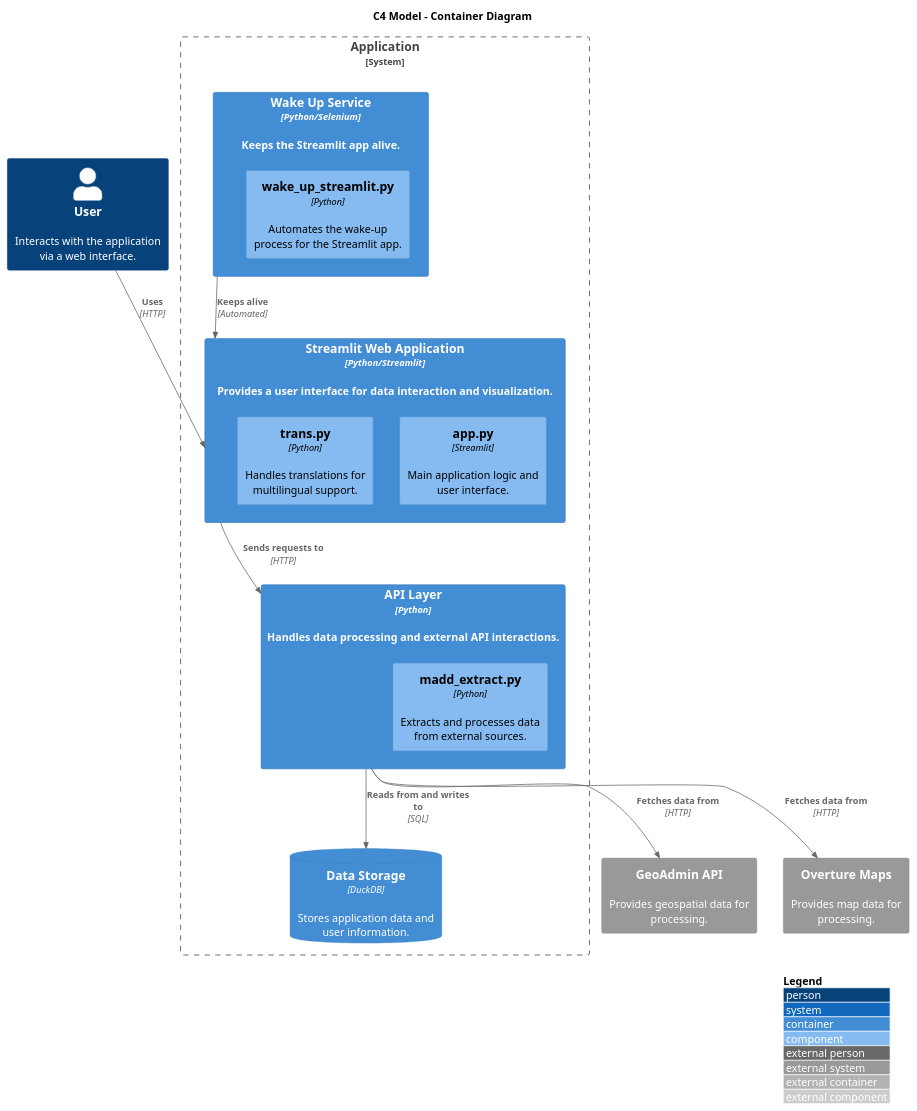
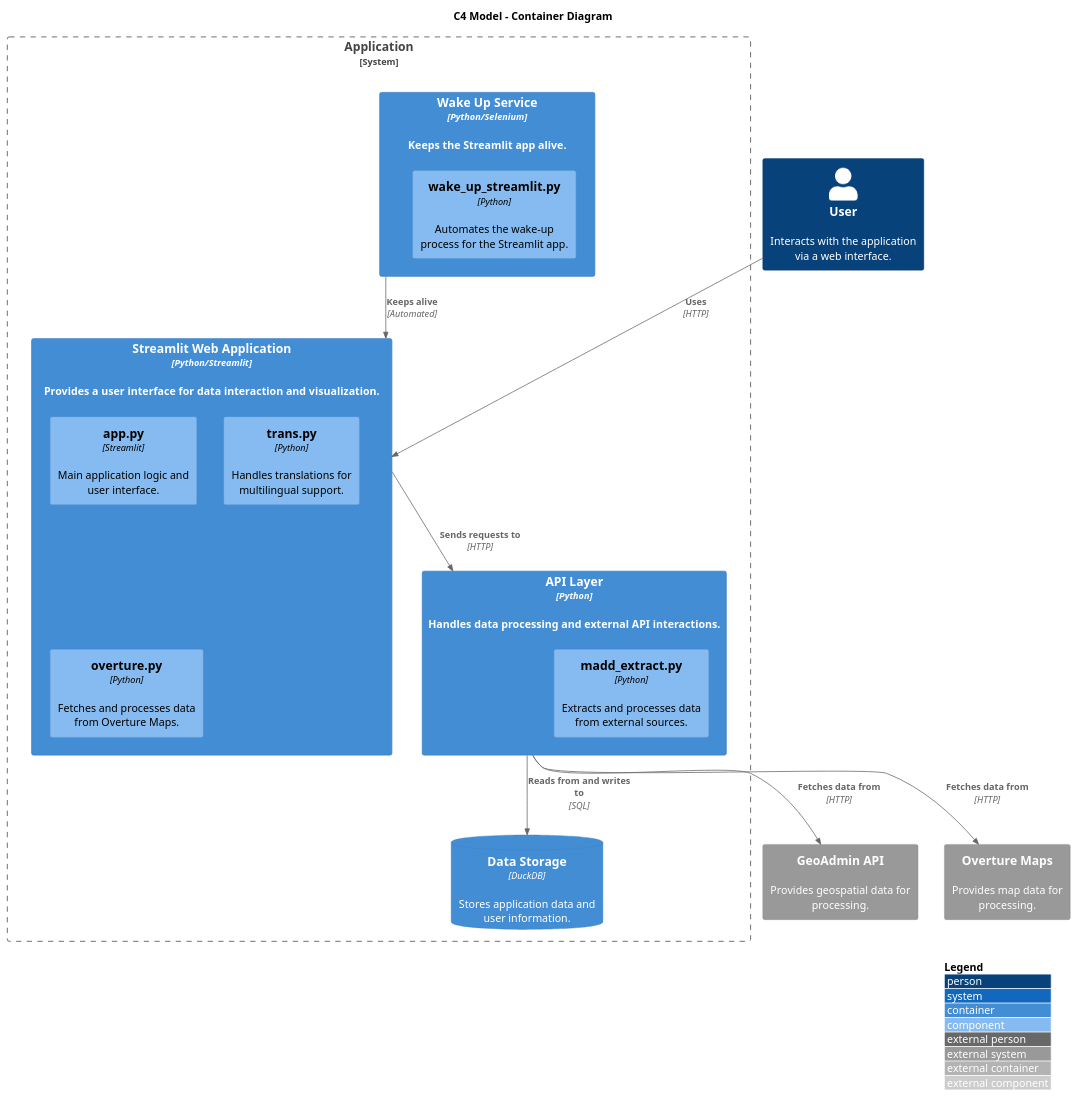
Before and after one commit to davidoesch/wo-sind-briefkaesten: the diagram in architecture.puml, drawn with PlantUML.

Commit message:
feat: Add overture.py component to API Layer in architecture diagram

```diff
--- a/architecture.puml
+++ b/architecture.puml
@@ -1,35 +1,36 @@
 @startuml C4_Architecture
 
 !include  https://raw.githubusercontent.com/plantuml-stdlib/C4-PlantUML/master/C4_Component.puml
 
 LAYOUT_WITH_LEGEND()
 
 title C4 Model - Container Diagram
 
 Person(user, "User", "Interacts with the application via a web interface.")
 
 System_Boundary(app, "Application") {
     Container(webApp, "Streamlit Web Application", "Python/Streamlit", "Provides a user interface for data interaction and visualization.") {
         Component(app_py, "app.py", "Streamlit", "Main application logic and user interface.")
         Component(trans_py, "trans.py", "Python", "Handles translations for multilingual support.")
+        Component(overture_py, "overture.py", "Python", "Fetches and processes data from Overture Maps.")
     }
     Container(api, "API Layer", "Python", "Handles data processing and external API interactions.") {
         Component(madd_extract_py, "madd_extract.py", "Python", "Extracts and processes data from external sources.")
     }
     Container(wakeUpService, "Wake Up Service", "Python/Selenium", "Keeps the Streamlit app alive.") {
         Component(wake_up_streamlit_py, "wake_up_streamlit.py", "Python", "Automates the wake-up process for the Streamlit app.")
     }
     ContainerDb(database, "Data Storage", "DuckDB", "Stores application data and user information.")
 }
 
 System_Ext(geoAdminAPI, "GeoAdmin API", "Provides geospatial data for processing.")
 System_Ext(overtureMaps, "Overture Maps", "Provides map data for processing.")
 
 Rel(user, webApp, "Uses", "HTTP")
 Rel(webApp, api, "Sends requests to", "HTTP")
 Rel(api, database, "Reads from and writes to", "SQL")
 Rel(api, geoAdminAPI, "Fetches data from", "HTTP")
 Rel(api, overtureMaps, "Fetches data from", "HTTP")
 Rel(wakeUpService, webApp, "Keeps alive", "Automated")
 
 @enduml
```
